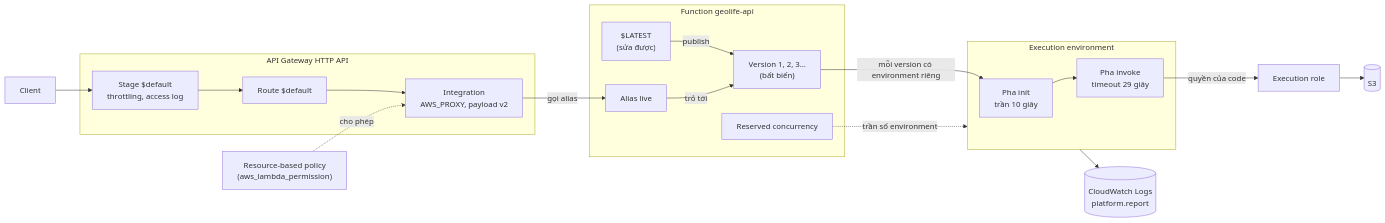
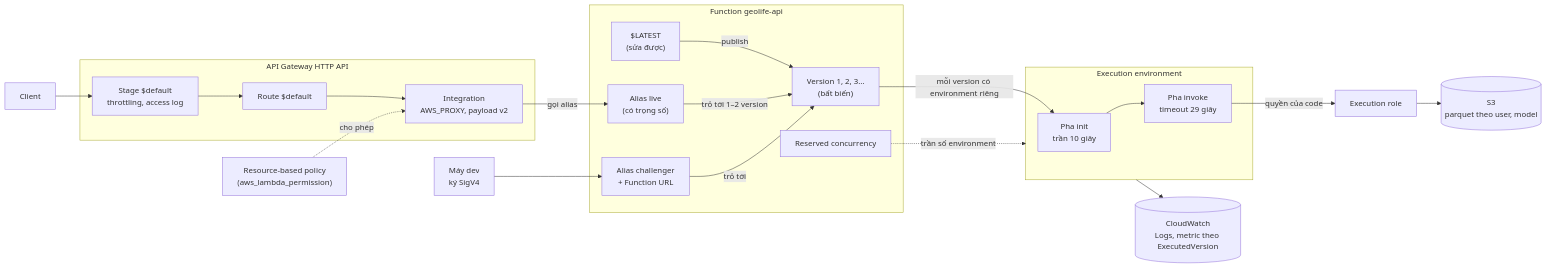
Before and after one commit to Gaohonggg/GeolifeGPS-trajectory: the diagram in docs/infra/lambda/knowledges.md, drawn with Mermaid. The commit also changed other lines of this file and 7 other files, not shown here.

````diff
--- a/docs/infra/lambda/knowledges.md
+++ b/docs/infra/lambda/knowledges.md
@@ -11,33 +15,37 @@
 ```mermaid
 flowchart LR
   client["Client"]
   subgraph GW["API Gateway HTTP API"]
     stage["Stage $default<br/>throttling, access log"]
     route["Route $default"]
     integ["Integration<br/>AWS_PROXY, payload v2"]
   end
   perm["Resource-based policy<br/>(aws_lambda_permission)"]
+  dev["Máy dev<br/>ký SigV4"]
   subgraph FN["Function geolife-api"]
     latest["$LATEST<br/>(sửa được)"]
     ver["Version 1, 2, 3…<br/>(bất biến)"]
-    alias["Alias live"]
+    alias["Alias live<br/>(có trọng số)"]
+    chal["Alias challenger<br/>+ Function URL"]
     rc["Reserved concurrency"]
   end
   subgraph ENV["Execution environment"]
     init["Pha init<br/>trần 10 giây"]
     invoke["Pha invoke<br/>timeout 29 giây"]
   end
   role["Execution role"]
-  s3[("S3")]
-  logs[("CloudWatch Logs<br/>platform.report")]
+  s3[("S3<br/>parquet theo user, model")]
+  logs[("CloudWatch<br/>Logs, metric theo ExecutedVersion")]
 
   client --> stage --> route --> integ
   integ -- "gọi alias" --> alias
   perm -. "cho phép" .-> integ
+  dev --> chal
   latest -- "publish" --> ver
-  alias -- "trỏ tới" --> ver
+  alias -- "trỏ tới 1–2 version" --> ver
+  chal -- "trỏ tới" --> ver
   ver -- "mỗi version có environment riêng" --> init --> invoke
   rc -. "trần số environment" .-> ENV
   invoke -- "quyền của code" --> role --> s3
   ENV --> logs
 ```
````
